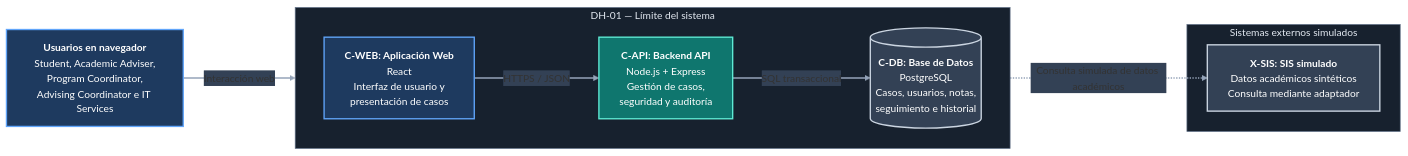
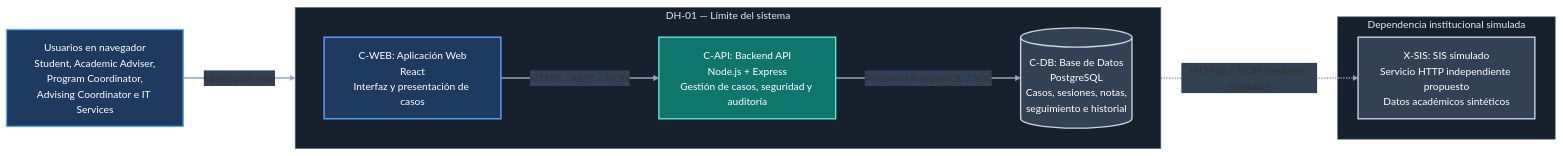
One commit to Nayea29/dh01-academic-advising changed the diagram in docs/evaluation-2/views/container-view.md. Above: the diagram before and after it, drawn with Mermaid. The commit also changed other lines of this file and 29 other files, not shown here.

Commit message:
docs: complete Evaluation 2 architecture and design documentation

````diff
--- a/docs/evaluation-2/views/container-view.md
+++ b/docs/evaluation-2/views/container-view.md
@@ -28,56 +37,42 @@
 ```mermaid
 %%{init: {"theme": "base", "themeVariables": {"fontFamily": "Arial", "fontSize": "15px", "lineColor": "#94A3B8", "edgeLabelBackground": "#334155"}, "flowchart": {"nodeSpacing": 40, "rankSpacing": 60, "htmlLabels": true}}}%%
 flowchart LR
-    U["`**Usuarios en navegador**
-    Student, Academic Adviser,
-    Program Coordinator,
-    Advising Coordinator e IT Services`"]
+    U["Usuarios en navegador<br/>Student, Academic Adviser,<br/>Program Coordinator,<br/>Advising Coordinator e IT Services"]
 
     subgraph DH["DH-01 — Límite del sistema"]
         direction LR
 
-        WEB["`**C-WEB: Aplicación Web**
-        React
-        Interfaz de usuario y
-        presentación de casos`"]
+        WEB["C-WEB: Aplicación Web<br/>React<br/>Interfaz y presentación de casos"]
 
-        API["`**C-API: Backend API**
-        Node.js + Express
-        Gestión de casos,
-        seguridad y auditoría`"]
+        API["C-API: Backend API<br/>Node.js + Express<br/>Gestión de casos, seguridad y auditoría"]
 
-        DB[("`**C-DB: Base de Datos**
-        PostgreSQL
-        Casos, usuarios, notas,
-        seguimiento e historial`")]
+        DB[("C-DB: Base de Datos<br/>PostgreSQL<br/>Casos, sesiones, notas,<br/>seguimiento e historial")]
 
-        WEB -->|"HTTPS / JSON"| API
-        API -->|"SQL transaccional"| DB
+        WEB -->|"HTTPS / REST / JSON"| API
+        API -->|"Protocolo PostgreSQL / SQL"| DB
     end
 
-    subgraph EX["Sistemas externos simulados"]
-        SIS["`**X-SIS: SIS simulado**
-        Datos académicos sintéticos
-        Consulta mediante adaptador`"]
+    subgraph EX["Dependencia institucional simulada"]
+        SIS["X-SIS: SIS simulado<br/>Servicio HTTP independiente propuesto<br/>Datos académicos sintéticos"]
     end
 
     U -->|"Interacción web"| WEB
-    API -.->|"Consulta simulada de datos académicos"| SIS
+    API -.->|"HTTP(S) / JSON mediante adaptador"| SIS
 
     classDef actor fill:#1E3A5F,stroke:#60A5FA,color:#FFFFFF,stroke-width:2px
     classDef web fill:#1E3A5F,stroke:#60A5FA,color:#FFFFFF,stroke-width:2px
     classDef backend fill:#0F766E,stroke:#5EEAD4,color:#FFFFFF,stroke-width:2px
     classDef database fill:#334155,stroke:#CBD5E1,color:#FFFFFF,stroke-width:2px
     classDef external fill:#334155,stroke:#CBD5E1,color:#FFFFFF,stroke-width:2px
 
     class U actor
     class WEB web
     class API backend
     class DB database
     class SIS external
 
     style DH fill:#17212E,stroke:#64748B,color:#E2E8F0
     style EX fill:#17212E,stroke:#64748B,color:#E2E8F0
 
     linkStyle default stroke:#94A3B8,stroke-width:2px
 ```
````
